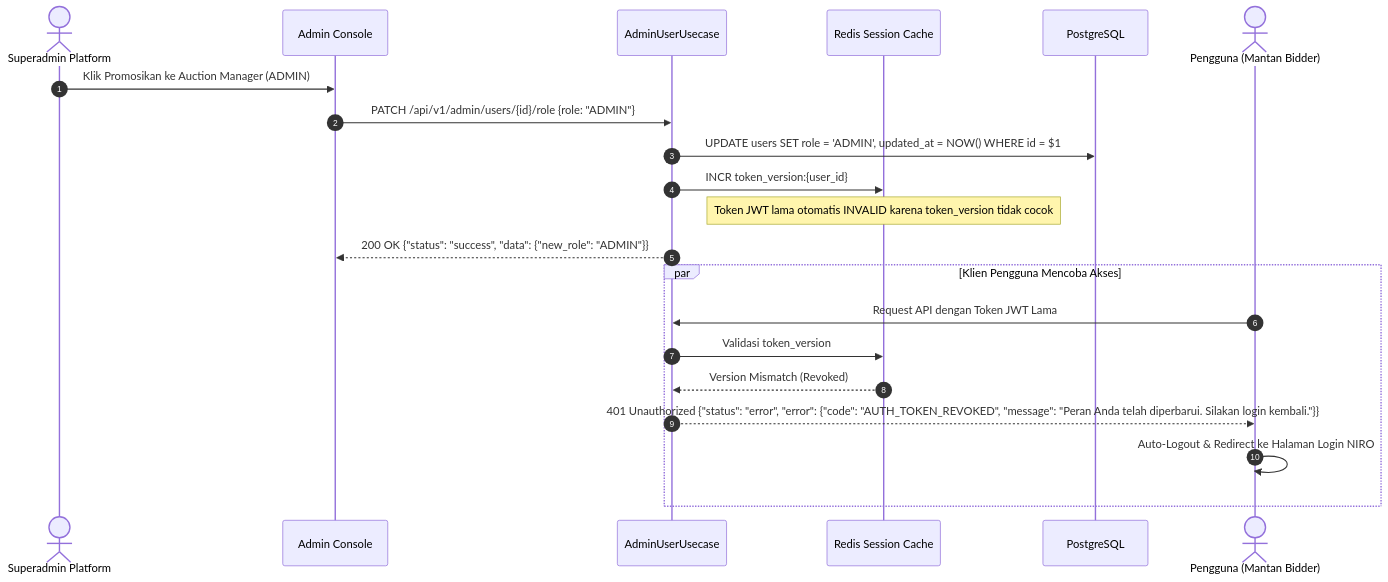
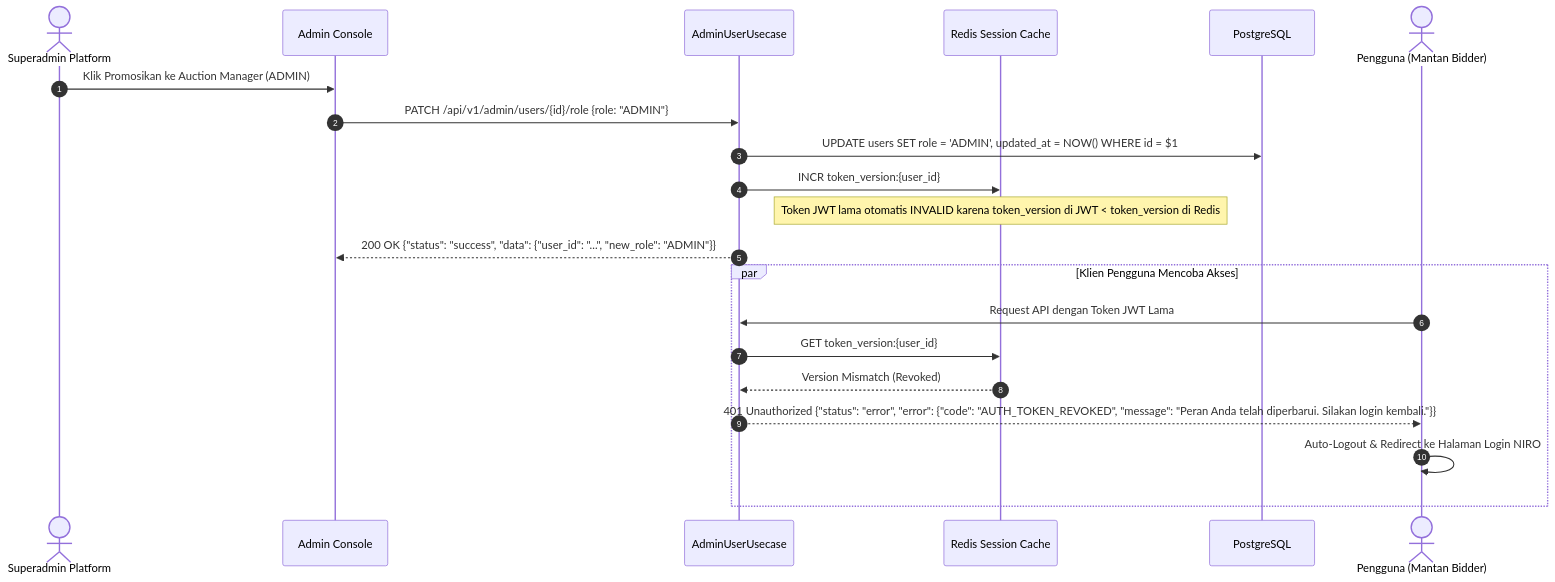
One commit to daniesalim304/SALT-HACKATON-2026 changed the fourth of 5 diagrams in 02_Projects/real-time-auction-engine/04_Design/lld-low-level-design.md. Above: the diagram before and after it, drawn with Mermaid. The commit also changed other lines of this file and 145 other files, not shown here.

````diff
--- a/02_Projects/real-time-auction-engine/04_Design/lld-low-level-design.md
+++ b/02_Projects/real-time-auction-engine/04_Design/lld-low-level-design.md
@@ -209,25 +360,25 @@
 ```mermaid
 sequenceDiagram
     autonumber
     actor Super as Superadmin Platform
     participant UI as Admin Console
     participant UC as AdminUserUsecase
     participant Redis as Redis Session Cache
     participant DB as PostgreSQL
     actor User as Pengguna (Mantan Bidder)
 
     Super->>UI: Klik Promosikan ke Auction Manager (ADMIN)
     UI->>UC: PATCH /api/v1/admin/users/{id}/role {role: "ADMIN"}
     UC->>DB: UPDATE users SET role = 'ADMIN', updated_at = NOW() WHERE id = $1
     UC->>Redis: INCR token_version:{user_id}
-    Note over Redis: Token JWT lama otomatis INVALID karena token_version tidak cocok
-    UC-->>UI: 200 OK {"status": "success", "data": {"new_role": "ADMIN"}}
+    Note over Redis: Token JWT lama otomatis INVALID karena token_version di JWT < token_version di Redis
+    UC-->>UI: 200 OK {"status": "success", "data": {"user_id": "...", "new_role": "ADMIN"}}
     
     par Klien Pengguna Mencoba Akses
         User->>UC: Request API dengan Token JWT Lama
-        UC->>Redis: Validasi token_version
+        UC->>Redis: GET token_version:{user_id}
         Redis-->>UC: Version Mismatch (Revoked)
         UC-->>User: 401 Unauthorized {"status": "error", "error": {"code": "AUTH_TOKEN_REVOKED", "message": "Peran Anda telah diperbarui. Silakan login kembali."}}
         User->>User: Auto-Logout & Redirect ke Halaman Login NIRO
     end
 ```
````
